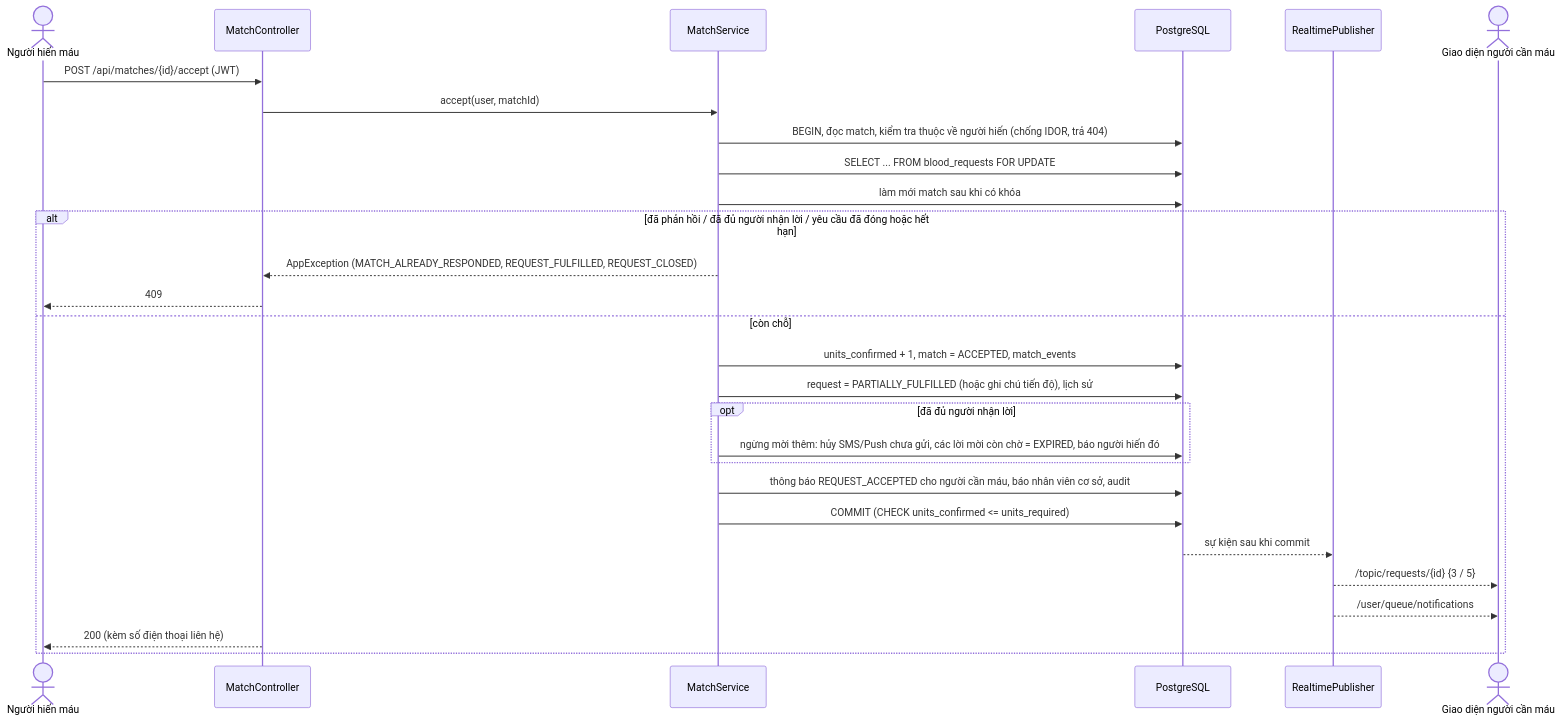
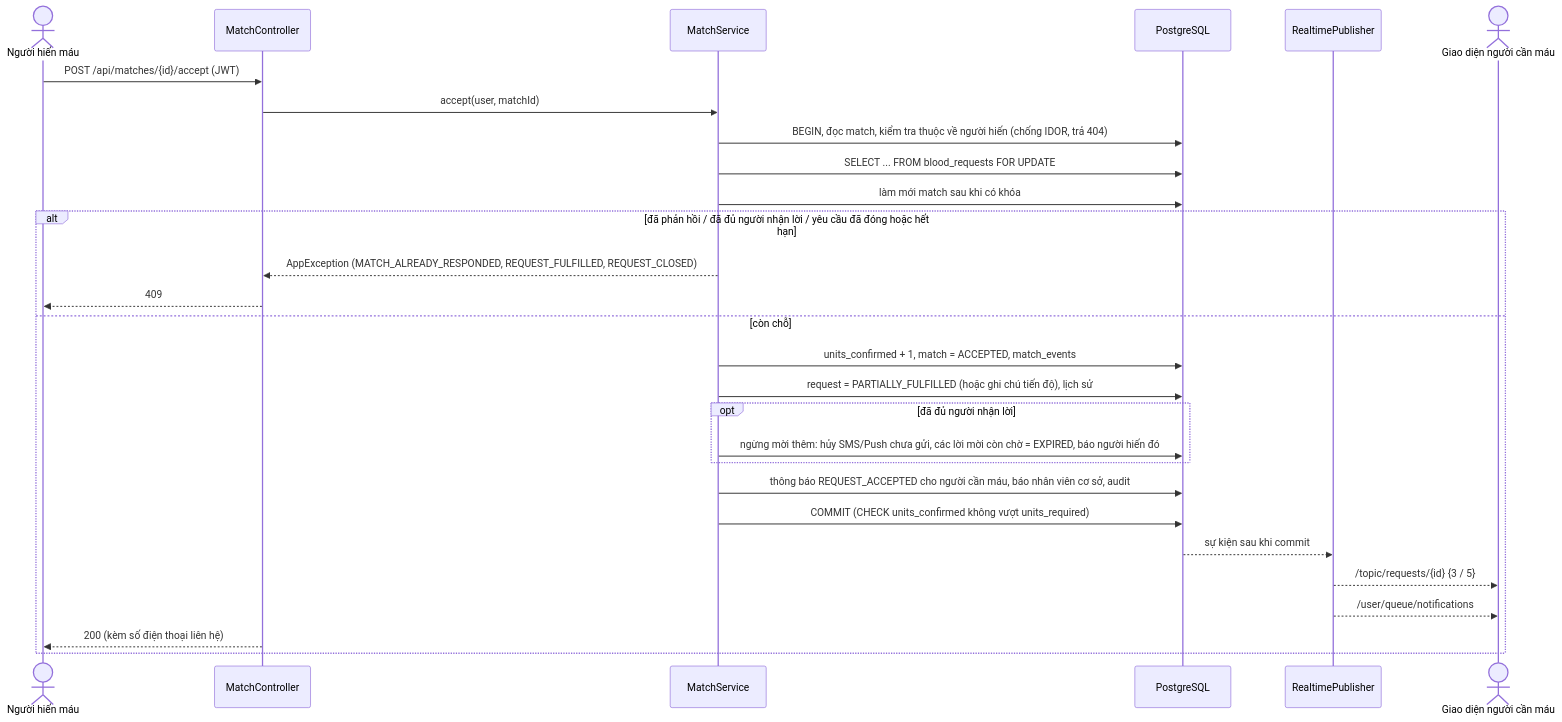
The ninth of 18 diagrams in docs/ARCHITECTURE.md (nhungoc260/lifely_demo), drawn with Mermaid before and after one commit. The commit also changed other lines of this file, not shown here.

Commit message:
fix architecture

````diff
--- a/docs/ARCHITECTURE.md
+++ b/docs/ARCHITECTURE.md
@@ -491,30 +502,30 @@
 ```mermaid
 sequenceDiagram
   actor D as Người hiến máu
   participant API as MatchController
   participant MS as MatchService
   participant DB as PostgreSQL
   participant WS as RealtimePublisher
   actor R as Giao diện người cần máu
   D->>API: POST /api/matches/{id}/accept (JWT)
   API->>MS: accept(user, matchId)
   MS->>DB: BEGIN, đọc match, kiểm tra thuộc về người hiến (chống IDOR, trả 404)
   MS->>DB: SELECT ... FROM blood_requests FOR UPDATE
   MS->>DB: làm mới match sau khi có khóa
   alt đã phản hồi / đã đủ người nhận lời / yêu cầu đã đóng hoặc hết hạn
     MS-->>API: AppException (MATCH_ALREADY_RESPONDED, REQUEST_FULFILLED, REQUEST_CLOSED)
     API-->>D: 409
   else còn chỗ
     MS->>DB: units_confirmed + 1, match = ACCEPTED, match_events
     MS->>DB: request = PARTIALLY_FULFILLED (hoặc ghi chú tiến độ), lịch sử
     opt đã đủ người nhận lời
       MS->>DB: ngừng mời thêm: hủy SMS/Push chưa gửi, các lời mời còn chờ = EXPIRED, báo người hiến đó
     end
     MS->>DB: thông báo REQUEST_ACCEPTED cho người cần máu, báo nhân viên cơ sở, audit
-    MS->>DB: COMMIT (CHECK units_confirmed <= units_required)
+    MS->>DB: COMMIT (CHECK units_confirmed không vượt units_required)
     DB-->>WS: sự kiện sau khi commit
     WS-->>R: /topic/requests/{id} {3 / 5}
     WS-->>R: /user/queue/notifications
     API-->>D: 200 (kèm số điện thoại liên hệ)
   end
 ```
````
